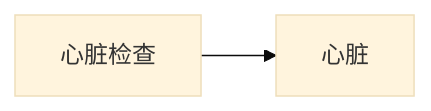
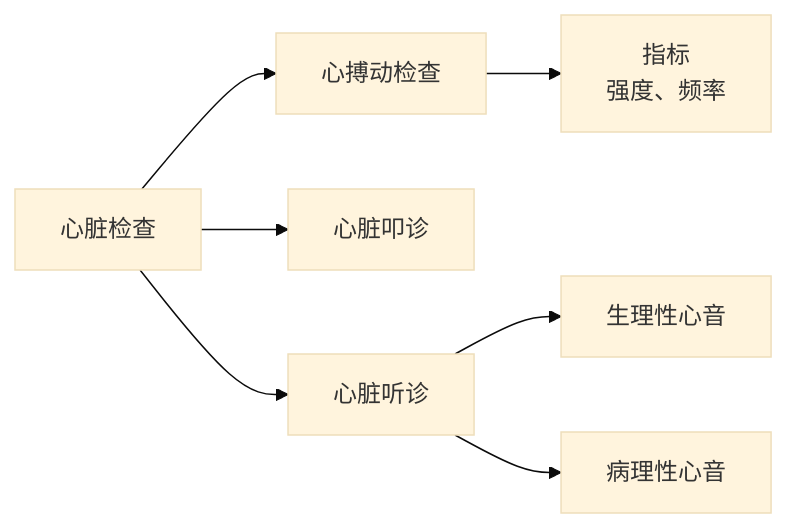
One commit to Raymon-Lyu/Veterinary-Medicine changed the diagram in 兽医诊断学/心脏检查.md. Above: the diagram before and after it, drawn with Mermaid (base theme). The commit also changed other lines of this file and 1 other file, not shown here.

Commit message:
vault backup: 2026-04-14 08:06:51

````diff
--- a/兽医诊断学/心脏检查.md
+++ b/兽医诊断学/心脏检查.md
@@ -20,4 +20,9 @@
 ```mermaid
 flowchart LR
-A[心脏检查] --> B[心脏]
+A[心脏检查] --> B[心搏动检查]
+B --> G[指标<br>强度、频率]
+A --> C[心脏叩诊]
+A --> D[心脏听诊]
+D --> E[生理性心音]
+D --> F[病理性心音]
 ```
````
